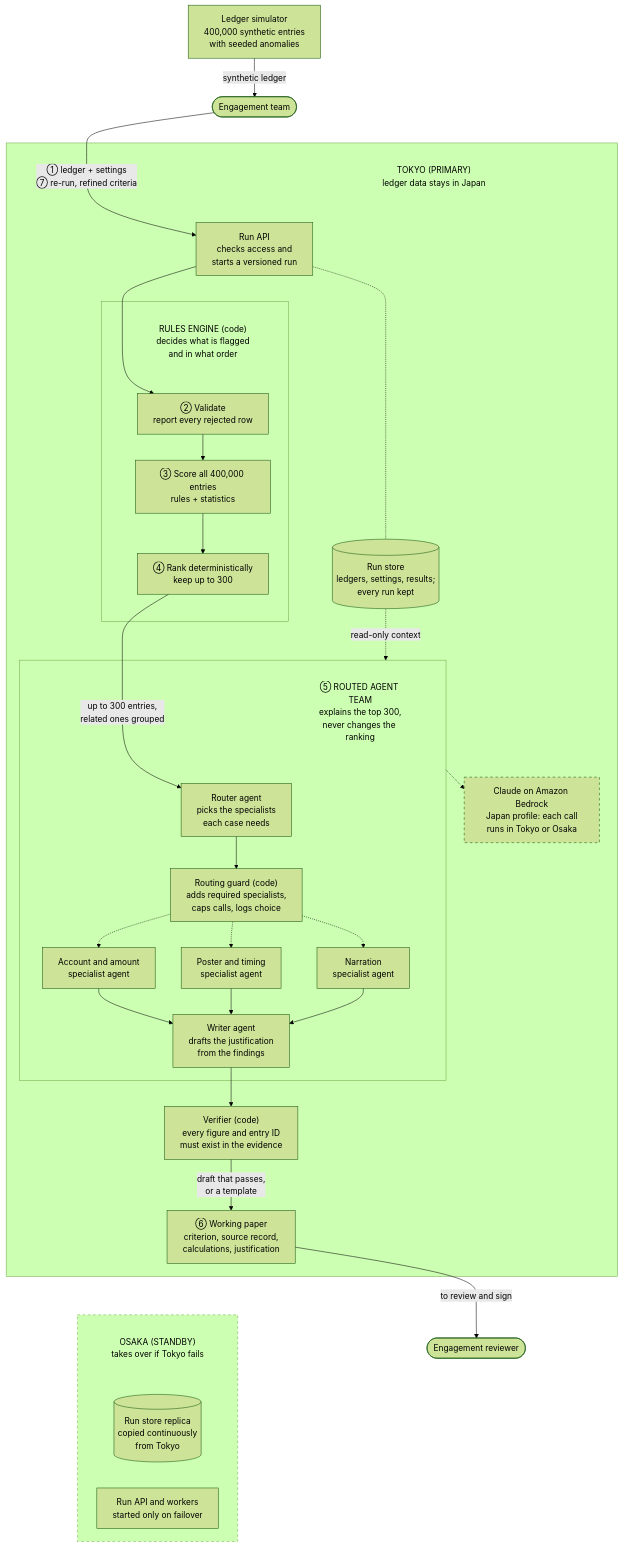
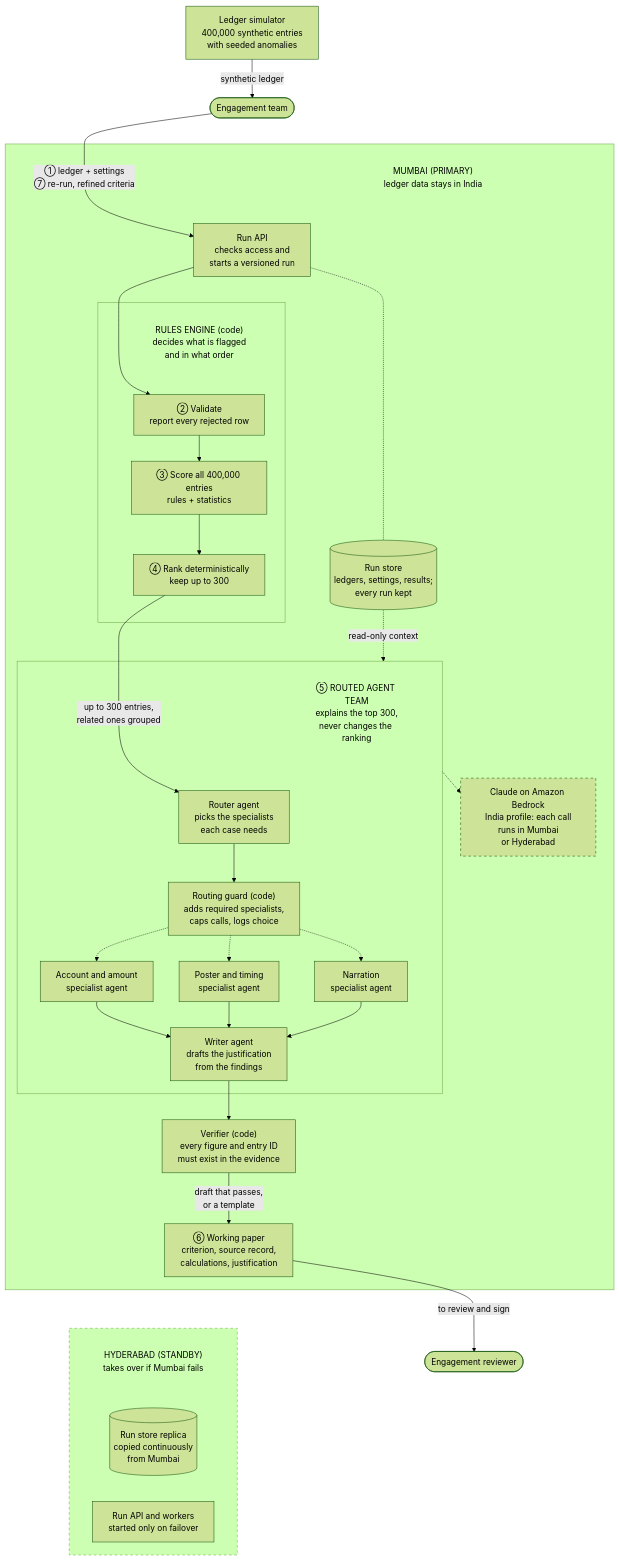
Before and after one commit to HashanEranga/tickmark: the diagram in docs/diagrams/architecture.md, drawn with Mermaid (forest theme). The commit also changed other lines of this file and 8 other files, not shown here.

````diff
--- a/docs/diagrams/architecture.md
+++ b/docs/diagrams/architecture.md
@@ -5,67 +5,67 @@
 ```mermaid
 flowchart TB
     sim["Ledger simulator<br/>400,000 synthetic entries<br/>with seeded anomalies"]
     team(["Engagement team"])
     reviewer(["Engagement reviewer"])
 
     subgraph region[" "]
-        regionTag["TOKYO (PRIMARY)<br/>ledger data stays in Japan"]
+        regionTag["MUMBAI (PRIMARY)<br/>ledger data stays in India"]
         api["Run API<br/>checks access and<br/>starts a versioned run"]
         store[("Run store<br/>ledgers, settings, results;<br/>every run kept")]
 
         subgraph rules[" "]
             rulesTag["RULES ENGINE (code)<br/>decides what is flagged<br/>and in what order"]
             validate["② Validate<br/>report every rejected row"]
             score["③ Score all 400,000 entries<br/>rules + statistics"]
             rank["④ Rank deterministically<br/>keep up to 300"]
         end
 
         subgraph agents[" "]
             agentsTag["⑤ ROUTED AGENT TEAM<br/>explains the top 300,<br/>never changes the ranking"]
             router["Router agent<br/>picks the specialists<br/>each case needs"]
             guard["Routing guard (code)<br/>adds required specialists,<br/>caps calls, logs choice"]
             acct["Account and amount<br/>specialist agent"]
             people["Poster and timing<br/>specialist agent"]
             narr["Narration<br/>specialist agent"]
             wri["Writer agent<br/>drafts the justification<br/>from the findings"]
         end
 
         ver["Verifier (code)<br/>every figure and entry ID<br/>must exist in the evidence"]
         paper["⑥ Working paper<br/>criterion, source record,<br/>calculations, justification"]
-        model["Claude on Amazon Bedrock<br/>Japan profile: each call<br/>runs in Tokyo or Osaka"]
+        model["Claude on Amazon Bedrock<br/>India profile: each call<br/>runs in Mumbai<br/>or Hyderabad"]
     end
 
     subgraph standby[" "]
-        standbyTag["OSAKA (STANDBY)<br/>takes over if Tokyo fails"]
-        replica[("Run store replica<br/>copied continuously<br/>from Tokyo")]
+        standbyTag["HYDERABAD (STANDBY)<br/>takes over if Mumbai fails"]
+        replica[("Run store replica<br/>copied continuously<br/>from Mumbai")]
         spare["Run API and workers<br/>started only on failover"]
     end
 
     sim -->|"synthetic ledger"| team
     team -->|"① ledger + settings<br/>⑦ re-run, refined criteria"| api
     api --> validate --> score --> rank
     rank -->|"up to 300 entries,<br/>related ones grouped"| router --> guard
     guard -.-> acct
     guard -.-> people
     guard -.-> narr
     acct --> wri
     people --> wri
     narr --> wri
     wri --> ver
     ver -->|"draft that passes,<br/>or a template"| paper
     paper -->|"to review and sign"| reviewer
     api -.- store
     store -.->|"read-only context"| agents
     agents -.-> model
 
     team ~~~ regionTag ~~~ api
     api ~~~ rulesTag ~~~ validate
     rank ~~~ agentsTag ~~~ router
     paper ~~~ standbyTag ~~~ replica ~~~ spare
 
     classDef tag fill:none,stroke:none
     classDef external stroke-dasharray: 5 5
     class regionTag,rulesTag,agentsTag,standbyTag tag
     class model external
     style standby stroke-dasharray: 5 5
 ```
````
